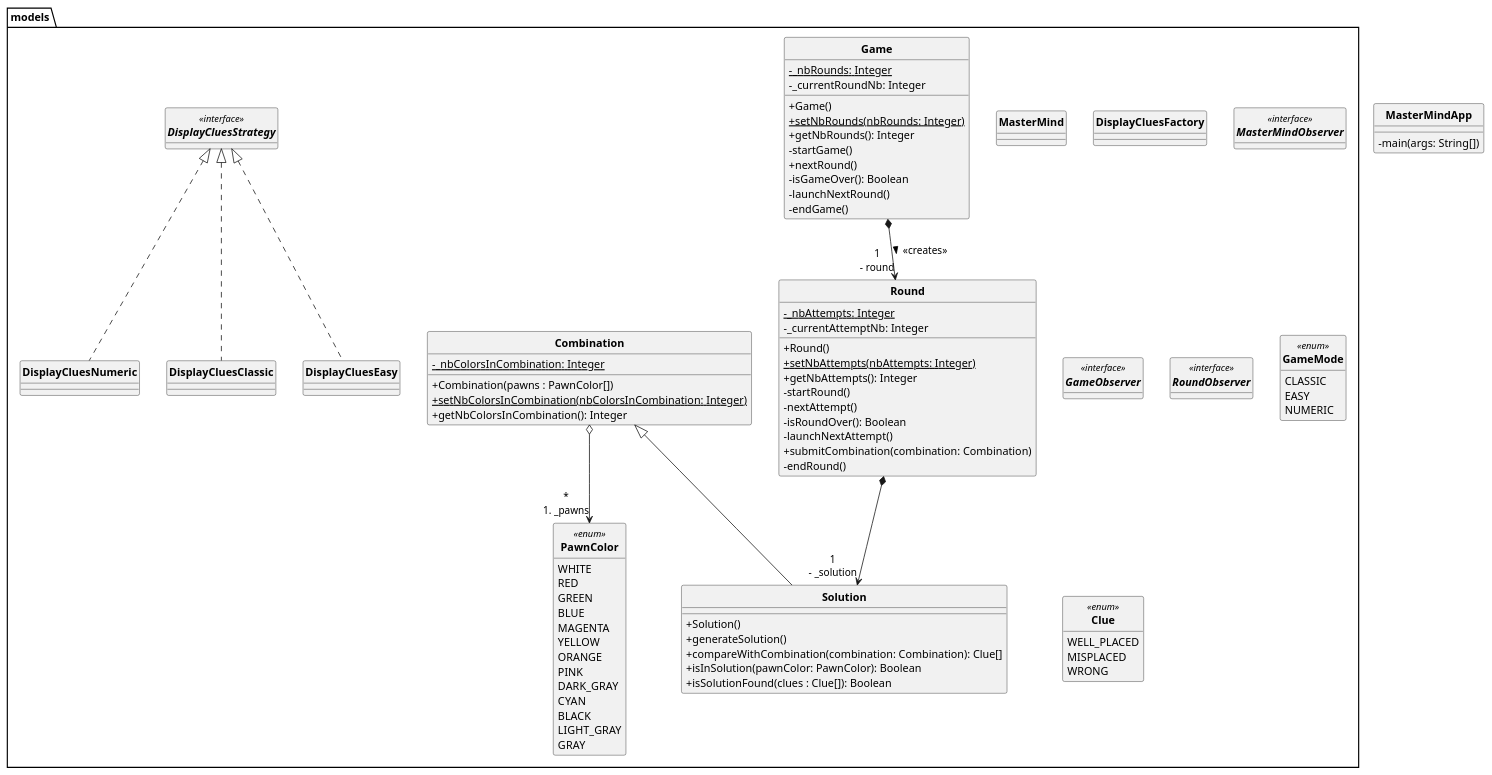
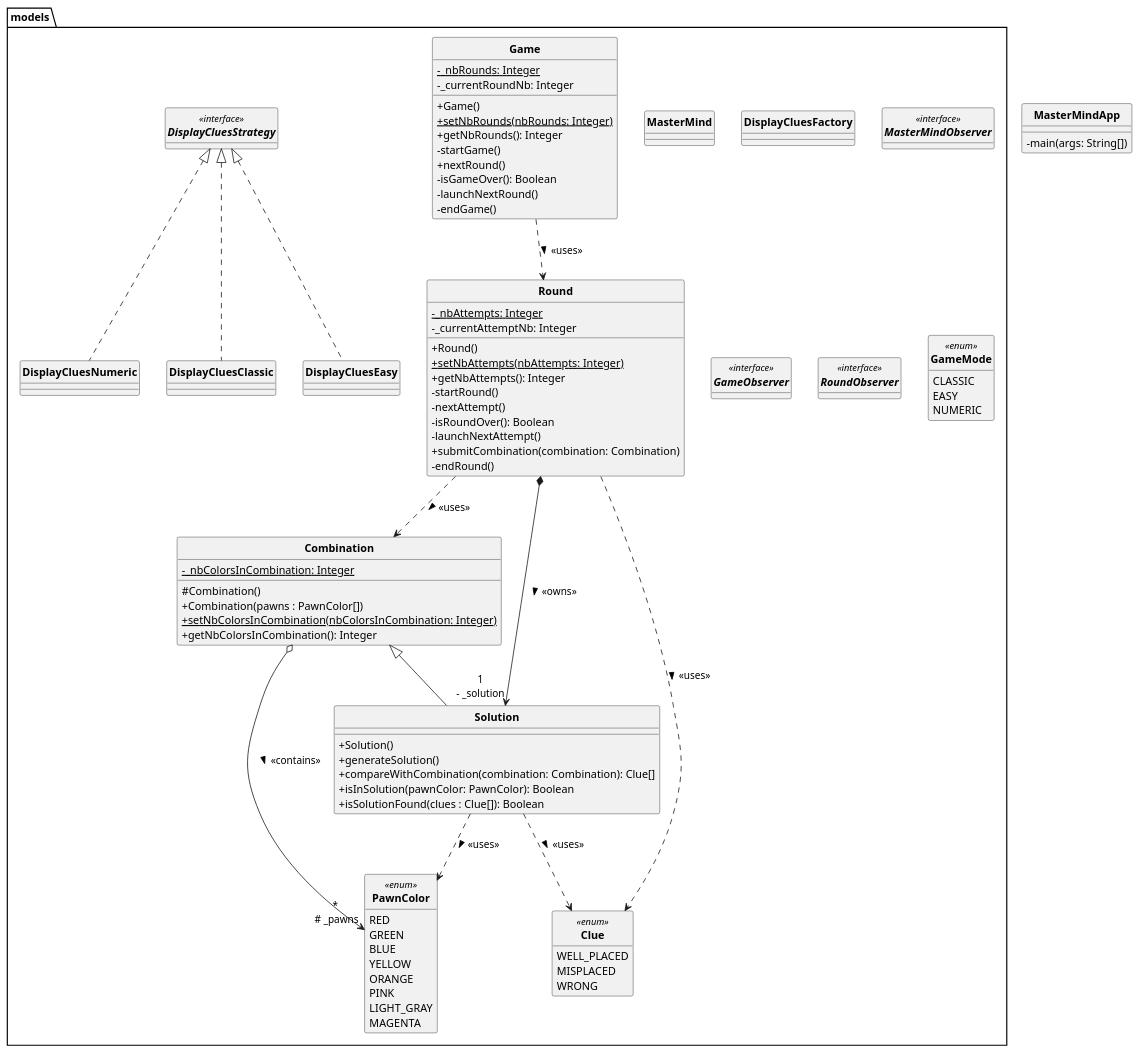
One commit to Robin3711/mastermind changed the diagram in diags/masterMindFirstDiag.puml. Above: the diagram before and after it, drawn with PlantUML. The commit also changed 9 other files, not shown here.

Commit message:
Avancée de l'UML - Code source V1 en cours

```diff
--- a/diags/masterMindFirstDiag.puml
+++ b/diags/masterMindFirstDiag.puml
@@ -1,197 +1,192 @@
 @startuml
 
 skinparam style strictuml
 skinparam classAttributeIconSize 0
 skinparam classFontStyle Bold
 hide enum methods
 hide interface attributes
 
 /'
 Main :
     - MasterMindApp
 
 Views :
     Classes :
         - MenuWindowView
         - SettingsWindowView
         - GameWindowView
         - EndWindowView
     Interfaces :
         /
     Enums :
         /
 
 Controllers :
     Classes :
         - MasterMindController
         - GameController
     Interfaces :
         /
     Enums :
         /
 
 Models :
     Classes
         - MasterMind
         - Game
         - Round
         - Combination
         - Solution
         - DisplayCluesFactory
         - DisplayCluesClassic
         - DisplayCluesEasy
         - DisplayCluesNumeric
     Interfaces
         - DisplayCluesStrategy
         - MasterMindObserver
         - GameObserver
         - RoundObserver
     Enums
         - PawnColor
         - GameMode
         - Clue
 '/
 
 class MasterMindApp {
     - main(args: String[])
 }
 
 package models {
     class MasterMind {}
     class Game {
         - {static} _nbRounds: Integer
         - _currentRoundNb: Integer
         + Game()
         + {static} setNbRounds(nbRounds: Integer)
         'Pas encore utilisé, à supprimer ?
         + getNbRounds(): Integer
         - startGame()
         + nextRound()
         - isGameOver(): Boolean
         - launchNextRound()
         - endGame()
     }
     class Round {
         - {static} _nbAttempts: Integer
         - _currentAttemptNb: Integer
         + Round()
         + {static} setNbAttempts(nbAttempts: Integer)
         'Pas encore utilisé, à supprimer ?
         + getNbAttempts(): Integer
         - startRound()
-        'nextAttempt() entraine des relations ?
         - nextAttempt()
         - isRoundOver(): Boolean
         - launchNextAttempt()
-        'submitCombination entraine des relations (normallement) )?
         + submitCombination(combination: Combination)
         - endRound()
     }
     class Combination {
         - {static} _nbColorsInCombination: Integer
+        # Combination()
         + Combination(pawns : PawnColor[])
         + {static} setNbColorsInCombination(nbColorsInCombination: Integer)
         + getNbColorsInCombination(): Integer
     }
     class Solution extends Combination {
         + Solution()
-        'generateSolution() entraine une relation avec PawnColor ?
         + generateSolution()
-        'compareWithCombination() entraine une relation avec Clue ?
         + compareWithCombination(combination: Combination): Clue[]
-        'isInSolution() entraine une relation avec PawnColor ?
         + isInSolution(pawnColor: PawnColor): Boolean
-        'isSolutionFound() entraine une relation avec Clue ?
         + isSolutionFound(clues : Clue[]): Boolean
     }
     class DisplayCluesFactory {}
     class DisplayCluesClassic implements DisplayCluesStrategy {}
     class DisplayCluesEasy implements DisplayCluesStrategy {}
     class DisplayCluesNumeric implements DisplayCluesStrategy {}
 
     interface DisplayCluesStrategy <<interface>> {
     }
     interface MasterMindObserver <<interface>> {}
     interface GameObserver <<interface>> {}
     interface RoundObserver <<interface>> {}
 
     'Baisser le nombre de couleurs à 9 (8 + 1 pour le vide), ou 8 (rien pour le vide)
     enum PawnColor <<enum>> {
-        WHITE
         RED
         GREEN
         BLUE
-        MAGENTA
         YELLOW
         ORANGE
         PINK
-        DARK_GRAY
-        CYAN
-        BLACK
         LIGHT_GRAY
-        GRAY
+        MAGENTA
     }
     enum GameMode <<enum>> {
         CLASSIC
         EASY
         NUMERIC
     }
     enum Clue <<enum>> {
         WELL_PLACED
         MISPLACED
         WRONG
     }
 }
 
 'Relations
 
 'Main
 
 
 
 'Models
 'MasterMind
 
 
 'Game
-'Bonne relation ? Bonne visibilité ?
-Game *--> "1\n- round" Round : > <<creates>>
+Game ..> Round : > <<uses>>
 
 'Round
-'Bonne relation ?
-Round *--> "1\n- _solution" Solution
+Round *--> "1\n- _solution" Solution : > <<owns>>
+Round ..> Combination : > <<uses>>
+Round ..> Clue : > <<uses>>
 
 'Combination
-'Bonne relation ?
-Combination o--> "*\n# _pawns" PawnColor
+Combination o--> "*\n # _pawns" PawnColor : > <<contains>>
+
+'Solution
+Solution ..> PawnColor : > <<uses>>
+Solution ..> Clue : > <<uses>>
+
+'Clue
 
 'DisplayCluesFactory
 
 
 'DisplayCluesClassic
 
 
 'DisplayCluesEasy
 
 
 'DisplayCluesNumeric
 
 
 'DisplayCluesStrategy
 
 
 'MasterMindObserver
 
 
 'GameObserver
 
 
 'RoundObserver
 
 
 'PawnColor
 
 
 'GameMode
 
 @enduml
```
